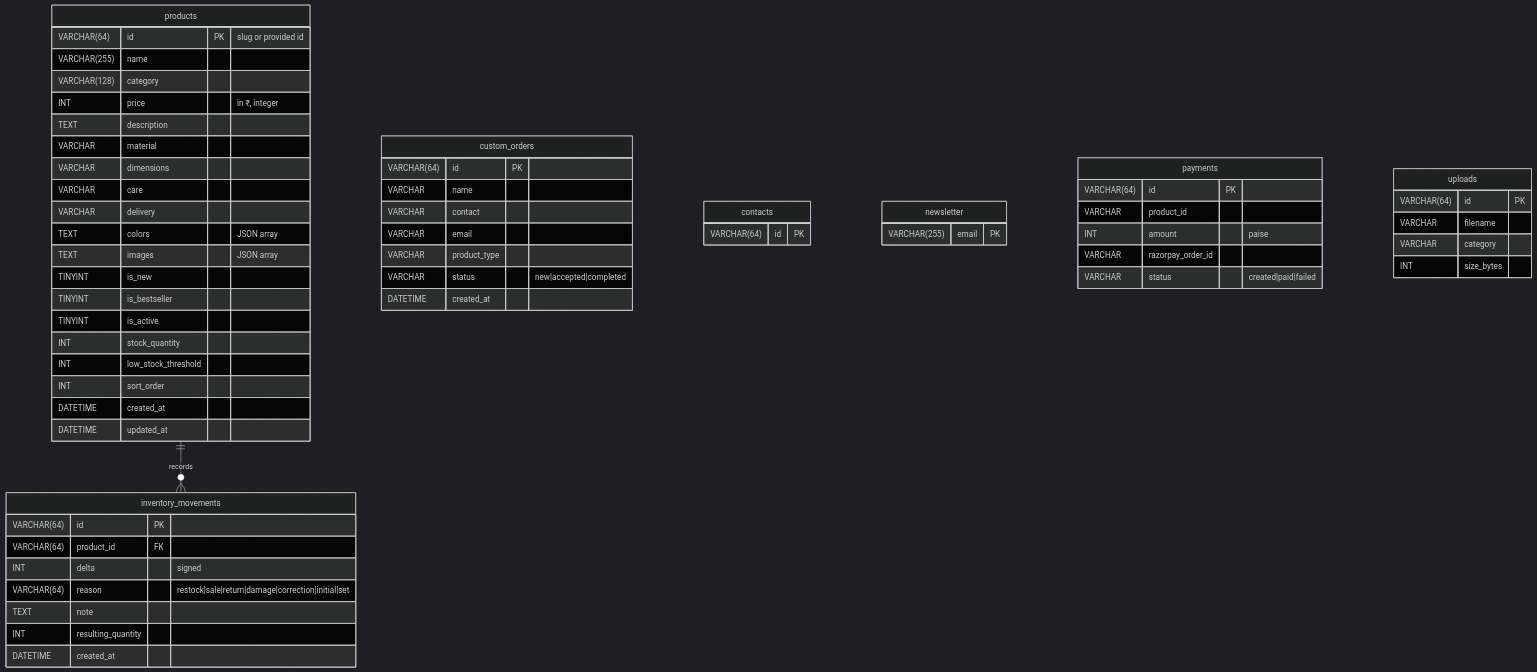
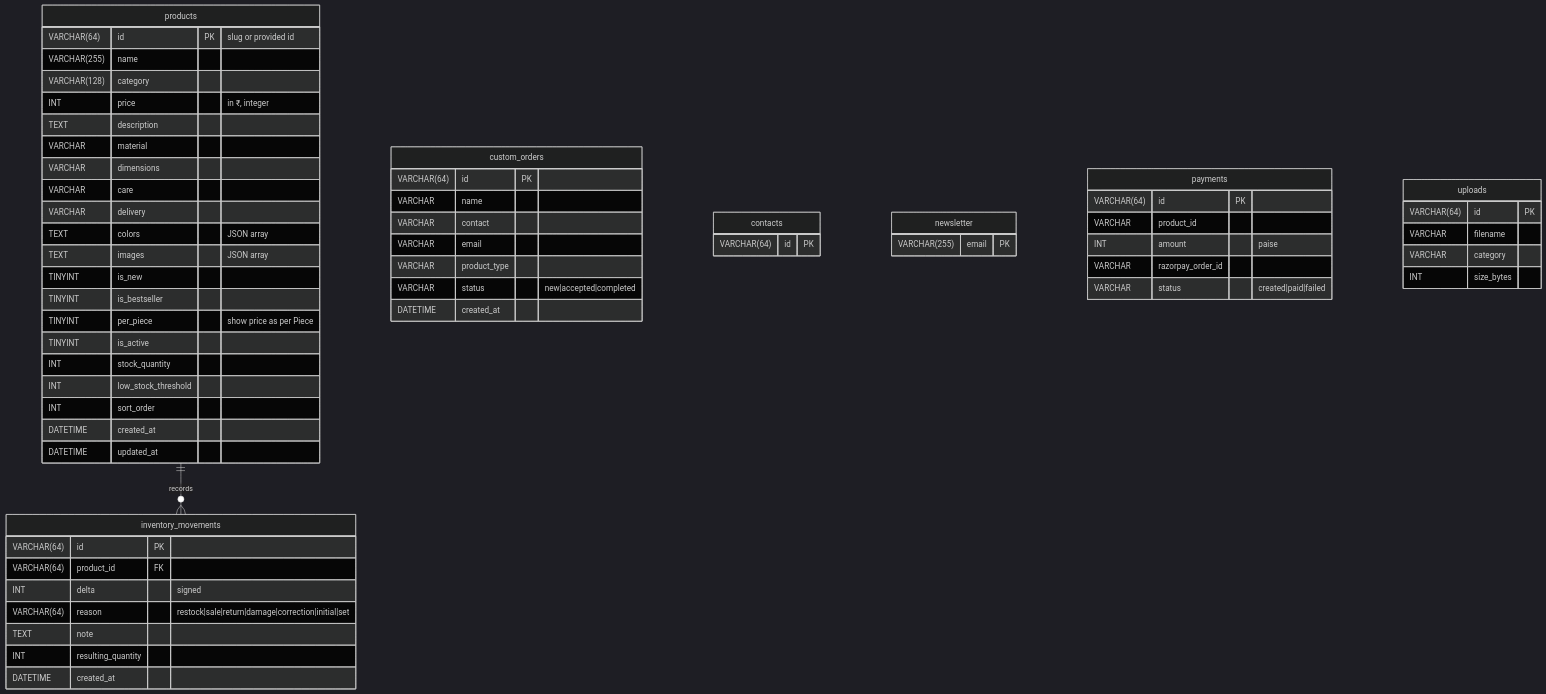
One commit to ezioavi42/_SutraKriti2.0 changed the fourth of 6 diagrams in README.md. Above: the diagram before and after it, drawn with Mermaid (dark theme). The commit also changed other lines of this file and 10 other files, not shown here.

Commit message:
provided a checkbox to add an indicator displaying per piece

````diff
--- a/README.md
+++ b/README.md
@@ -185,58 +185,59 @@
 ```mermaid
 erDiagram
     products ||--o{ inventory_movements : "records"
     products {
         VARCHAR(64) id PK "slug or provided id"
         VARCHAR(255) name
         VARCHAR(128) category
         INT price "in ₹, integer"
         TEXT description
         VARCHAR material
         VARCHAR dimensions
         VARCHAR care
         VARCHAR delivery
         TEXT colors "JSON array"
         TEXT images "JSON array"
         TINYINT is_new
         TINYINT is_bestseller
+        TINYINT per_piece "show price as per Piece"
         TINYINT is_active
         INT stock_quantity
         INT low_stock_threshold
         INT sort_order
         DATETIME created_at
         DATETIME updated_at
     }
     inventory_movements {
         VARCHAR(64) id PK
         VARCHAR(64) product_id FK
         INT delta "signed"
         VARCHAR(64) reason "restock|sale|return|damage|correction|initial|set"
         TEXT note
         INT resulting_quantity
         DATETIME created_at
     }
     custom_orders {
         VARCHAR(64) id PK
         VARCHAR name
         VARCHAR contact
         VARCHAR email
         VARCHAR product_type
         VARCHAR status "new|accepted|completed"
         DATETIME created_at
     }
     contacts { VARCHAR(64) id PK }
     newsletter { VARCHAR(255) email PK }
     payments {
         VARCHAR(64) id PK
         VARCHAR product_id
         INT amount "paise"
         VARCHAR razorpay_order_id
         VARCHAR status "created|paid|failed"
     }
     uploads {
         VARCHAR(64) id PK
         VARCHAR filename
         VARCHAR category
         INT size_bytes
     }
 ```
````
